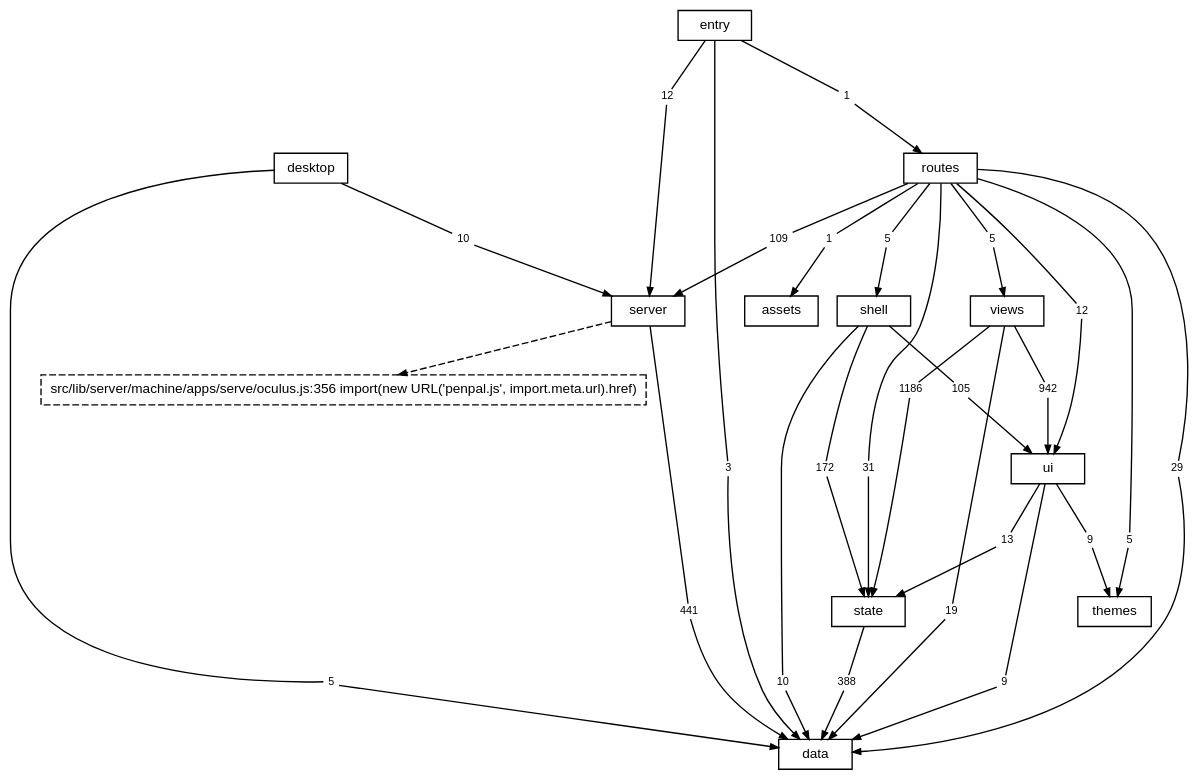
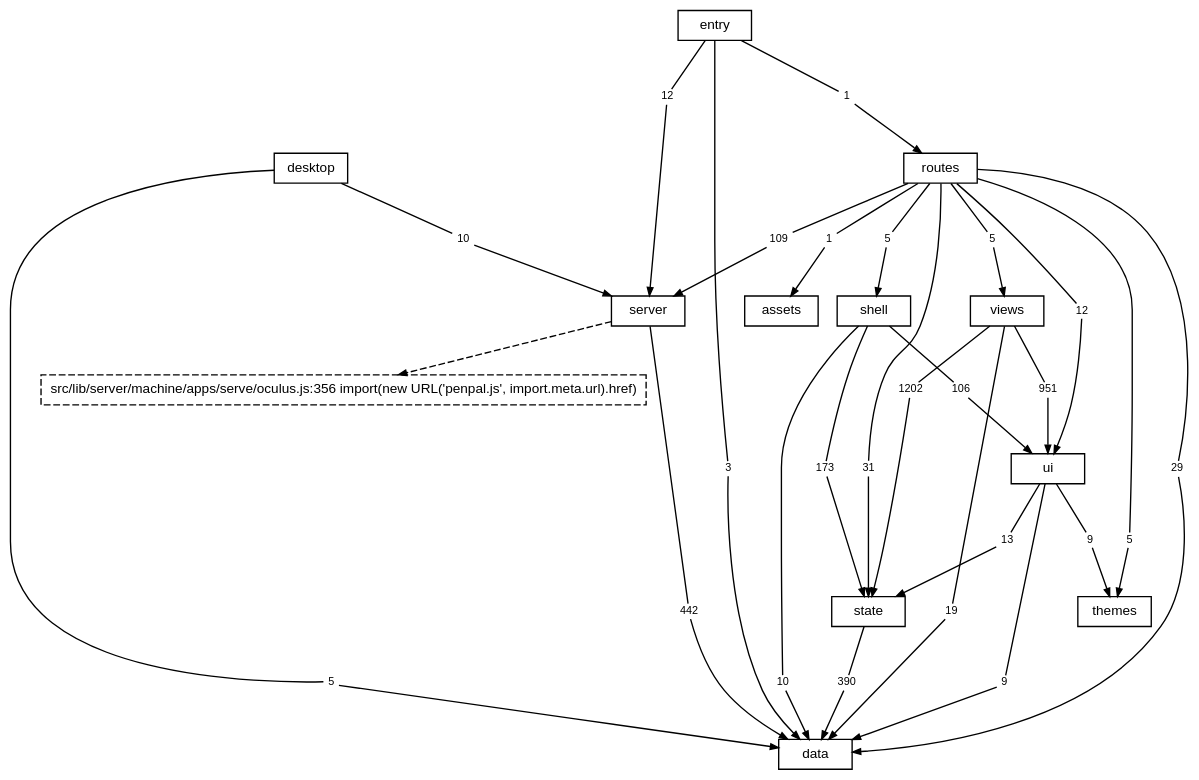
Before and after one commit to TheAxeC/oculus: the diagram in docs/diagrams/layers.dot, drawn with Graphviz. The commit also changed 230 other files, not shown here.

```diff
--- a/docs/diagrams/layers.dot
+++ b/docs/diagrams/layers.dot
@@ -1,90 +1,90 @@
 digraph layers {
     graph [bgcolor="transparent", rankdir=TB, newrank=true, fontname="Helvetica,Arial,sans-serif", fontsize=12, nodesep=0.2, ranksep=0.5];
     node [shape=box, color="black", fontcolor="black", fontname="Helvetica,Arial,sans-serif", fontsize=10, height=0.3, margin="0.12,0.04"];
     edge [color="black", fontcolor="black", fontname="Helvetica,Arial,sans-serif", fontsize=8, arrowsize=0.6];
     "data";
     "server";
     "state";
     "ui";
     "shell";
     "views";
     "themes";
     "routes";
     "desktop";
     "src" [label="entry"];
     "files: assets" [label="assets"];
     "? src/lib/server/machine/apps/serve/oculus.js:356" [label="src/lib/server/machine/apps/serve/oculus.js:356 import(new URL('penpal.js', import.meta.url).href)", style=dashed];
     "desktop to data" [label="5", shape=box, color="transparent", fontsize=8, width=0, height=0, margin="0.04,0.02"];
     "desktop" -> "desktop to data" [arrowhead=none];
     "desktop to data" -> "data" [];
     "desktop to server" [label="10", shape=box, color="transparent", fontsize=8, width=0, height=0, margin="0.04,0.02"];
     "desktop" -> "desktop to server" [arrowhead=none];
     "desktop to server" -> "server" [];
     "routes to data" [label="29", shape=box, color="transparent", fontsize=8, width=0, height=0, margin="0.04,0.02"];
     "routes" -> "routes to data" [arrowhead=none];
     "routes to data" -> "data" [];
     "routes to files: assets" [label="1", shape=box, color="transparent", fontsize=8, width=0, height=0, margin="0.04,0.02"];
     "routes" -> "routes to files: assets" [arrowhead=none];
     "routes to files: assets" -> "files: assets" [];
     "routes to server" [label="109", shape=box, color="transparent", fontsize=8, width=0, height=0, margin="0.04,0.02"];
     "routes" -> "routes to server" [arrowhead=none];
     "routes to server" -> "server" [];
     "routes to shell" [label="5", shape=box, color="transparent", fontsize=8, width=0, height=0, margin="0.04,0.02"];
     "routes" -> "routes to shell" [arrowhead=none];
     "routes to shell" -> "shell" [];
     "routes to state" [label="31", shape=box, color="transparent", fontsize=8, width=0, height=0, margin="0.04,0.02"];
     "routes" -> "routes to state" [arrowhead=none];
     "routes to state" -> "state" [];
     "routes to themes" [label="5", shape=box, color="transparent", fontsize=8, width=0, height=0, margin="0.04,0.02"];
     "routes" -> "routes to themes" [arrowhead=none];
     "routes to themes" -> "themes" [];
     "routes to ui" [label="12", shape=box, color="transparent", fontsize=8, width=0, height=0, margin="0.04,0.02"];
     "routes" -> "routes to ui" [arrowhead=none];
     "routes to ui" -> "ui" [];
     "routes to views" [label="5", shape=box, color="transparent", fontsize=8, width=0, height=0, margin="0.04,0.02"];
     "routes" -> "routes to views" [arrowhead=none];
     "routes to views" -> "views" [];
-    "server to data" [label="441", shape=box, color="transparent", fontsize=8, width=0, height=0, margin="0.04,0.02"];
+    "server to data" [label="442", shape=box, color="transparent", fontsize=8, width=0, height=0, margin="0.04,0.02"];
     "server" -> "server to data" [arrowhead=none];
     "server to data" -> "data" [];
     "shell to data" [label="10", shape=box, color="transparent", fontsize=8, width=0, height=0, margin="0.04,0.02"];
     "shell" -> "shell to data" [arrowhead=none];
     "shell to data" -> "data" [];
-    "shell to state" [label="172", shape=box, color="transparent", fontsize=8, width=0, height=0, margin="0.04,0.02"];
+    "shell to state" [label="173", shape=box, color="transparent", fontsize=8, width=0, height=0, margin="0.04,0.02"];
     "shell" -> "shell to state" [arrowhead=none];
     "shell to state" -> "state" [];
-    "shell to ui" [label="105", shape=box, color="transparent", fontsize=8, width=0, height=0, margin="0.04,0.02"];
+    "shell to ui" [label="106", shape=box, color="transparent", fontsize=8, width=0, height=0, margin="0.04,0.02"];
     "shell" -> "shell to ui" [arrowhead=none];
     "shell to ui" -> "ui" [];
     "src to data" [label="3", shape=box, color="transparent", fontsize=8, width=0, height=0, margin="0.04,0.02"];
     "src" -> "src to data" [arrowhead=none];
     "src to data" -> "data" [];
     "src to routes" [label="1", shape=box, color="transparent", fontsize=8, width=0, height=0, margin="0.04,0.02"];
     "src" -> "src to routes" [arrowhead=none];
     "src to routes" -> "routes" [];
     "src to server" [label="12", shape=box, color="transparent", fontsize=8, width=0, height=0, margin="0.04,0.02"];
     "src" -> "src to server" [arrowhead=none];
     "src to server" -> "server" [];
-    "state to data" [label="388", shape=box, color="transparent", fontsize=8, width=0, height=0, margin="0.04,0.02"];
+    "state to data" [label="390", shape=box, color="transparent", fontsize=8, width=0, height=0, margin="0.04,0.02"];
     "state" -> "state to data" [arrowhead=none];
     "state to data" -> "data" [];
     "ui to data" [label="9", shape=box, color="transparent", fontsize=8, width=0, height=0, margin="0.04,0.02"];
     "ui" -> "ui to data" [arrowhead=none];
     "ui to data" -> "data" [];
     "ui to state" [label="13", shape=box, color="transparent", fontsize=8, width=0, height=0, margin="0.04,0.02"];
     "ui" -> "ui to state" [arrowhead=none];
     "ui to state" -> "state" [];
     "ui to themes" [label="9", shape=box, color="transparent", fontsize=8, width=0, height=0, margin="0.04,0.02"];
     "ui" -> "ui to themes" [arrowhead=none];
     "ui to themes" -> "themes" [];
     "views to data" [label="19", shape=box, color="transparent", fontsize=8, width=0, height=0, margin="0.04,0.02"];
     "views" -> "views to data" [arrowhead=none];
     "views to data" -> "data" [];
-    "views to state" [label="1186", shape=box, color="transparent", fontsize=8, width=0, height=0, margin="0.04,0.02"];
+    "views to state" [label="1202", shape=box, color="transparent", fontsize=8, width=0, height=0, margin="0.04,0.02"];
     "views" -> "views to state" [arrowhead=none];
     "views to state" -> "state" [];
-    "views to ui" [label="942", shape=box, color="transparent", fontsize=8, width=0, height=0, margin="0.04,0.02"];
+    "views to ui" [label="951", shape=box, color="transparent", fontsize=8, width=0, height=0, margin="0.04,0.02"];
     "views" -> "views to ui" [arrowhead=none];
     "views to ui" -> "ui" [];
     "server" -> "? src/lib/server/machine/apps/serve/oculus.js:356" [style=dashed];
 }
```
